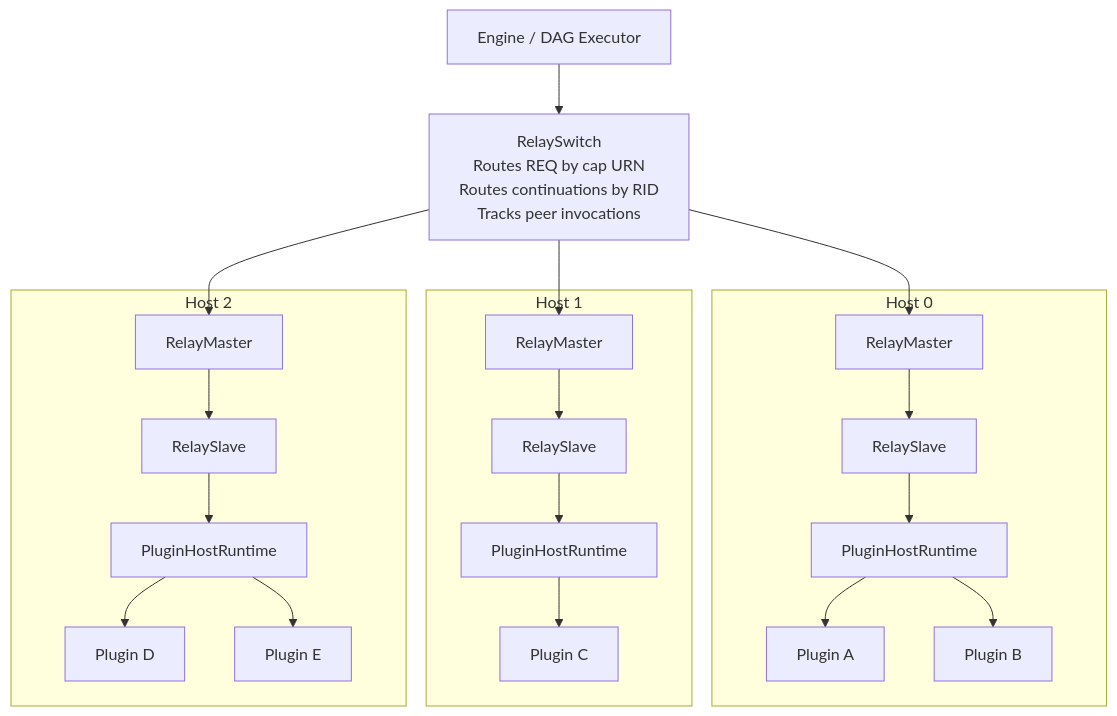
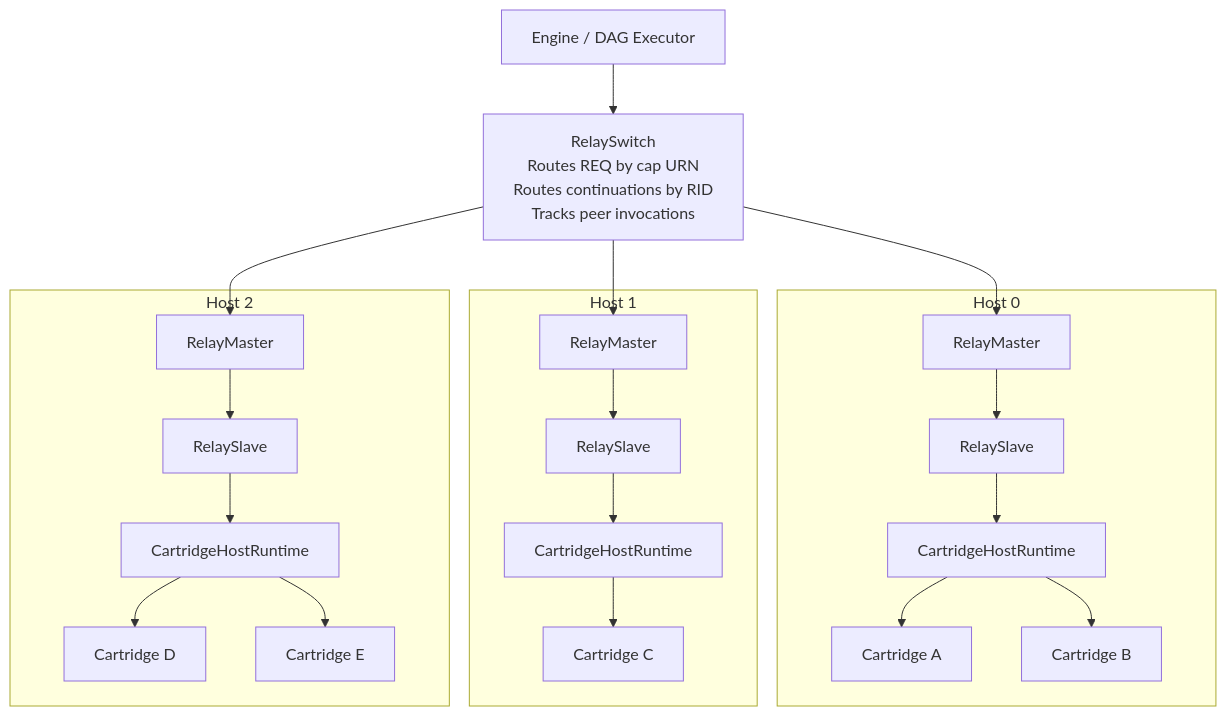
Before and after one commit to machinefabric/capns: the first of 4 diagrams in docs/12.1-ARCHITECTURE.md, drawn with Mermaid. The commit also changed other lines of this file and 53 other files, not shown here.

````diff
--- a/docs/12.1-ARCHITECTURE.md
+++ b/docs/12.1-ARCHITECTURE.md
@@ -9,31 +9,31 @@
 ```mermaid
 graph TD
     Engine["Engine / DAG Executor"]
     Switch["RelaySwitch<br/>Routes REQ by cap URN<br/>Routes continuations by RID<br/>Tracks peer invocations"]
 
     Engine --> Switch
 
     subgraph Host0 ["Host 0"]
         RM0["RelayMaster"] --> RS0["RelaySlave"]
-        RS0 --> PH0["PluginHostRuntime"]
-        PH0 --> P0A["Plugin A"]
-        PH0 --> P0B["Plugin B"]
+        RS0 --> PH0["CartridgeHostRuntime"]
+        PH0 --> P0A["Cartridge A"]
+        PH0 --> P0B["Cartridge B"]
     end
 
     subgraph Host1 ["Host 1"]
         RM1["RelayMaster"] --> RS1["RelaySlave"]
-        RS1 --> PH1["PluginHostRuntime"]
-        PH1 --> P1A["Plugin C"]
+        RS1 --> PH1["CartridgeHostRuntime"]
+        PH1 --> P1A["Cartridge C"]
     end
 
     subgraph Host2 ["Host 2"]
         RM2["RelayMaster"] --> RS2["RelaySlave"]
-        RS2 --> PH2["PluginHostRuntime"]
-        PH2 --> P2A["Plugin D"]
-        PH2 --> P2B["Plugin E"]
+        RS2 --> PH2["CartridgeHostRuntime"]
+        PH2 --> P2A["Cartridge D"]
+        PH2 --> P2B["Cartridge E"]
     end
 
     Switch --> RM0
     Switch --> RM1
     Switch --> RM2
 ```
````
